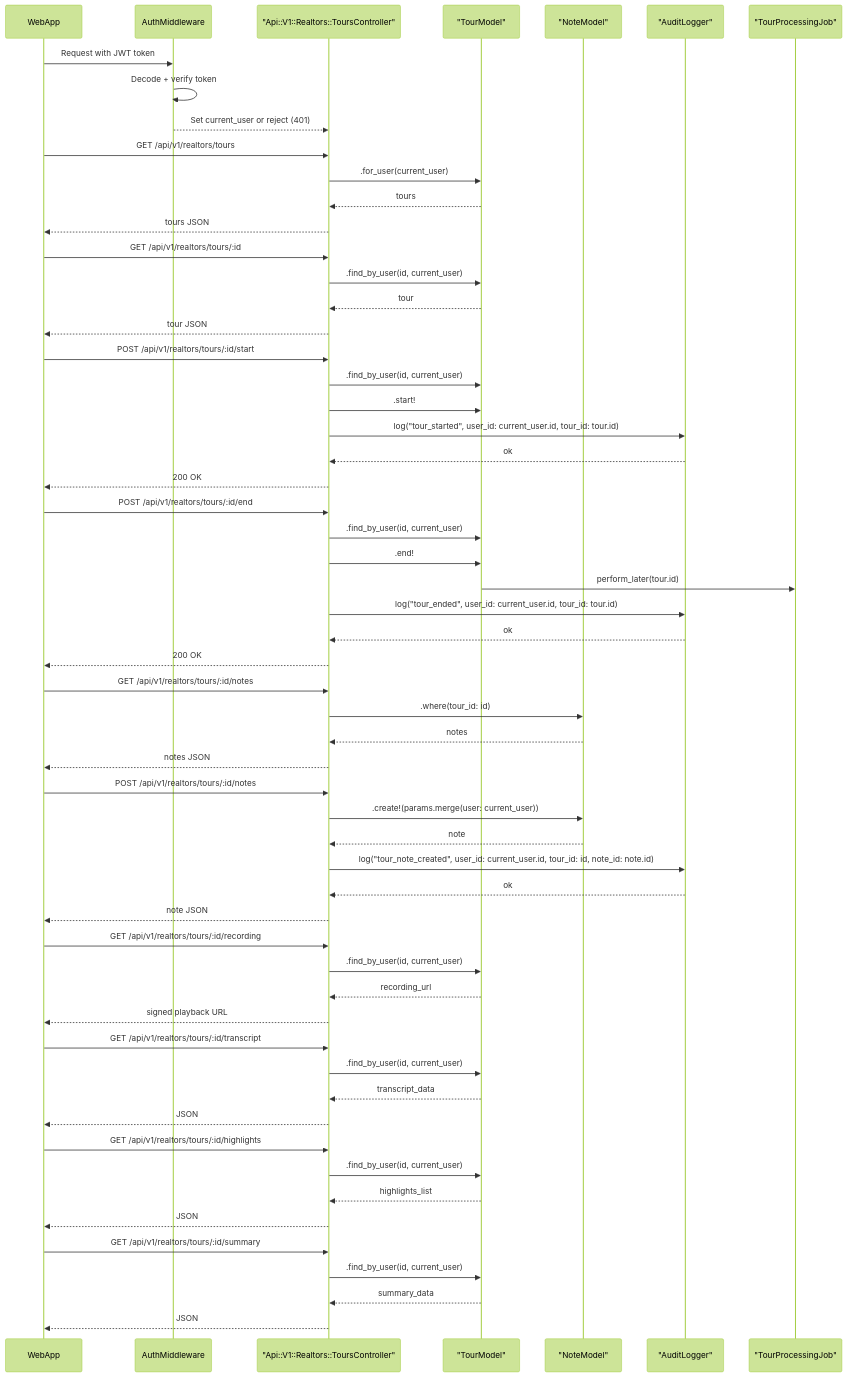
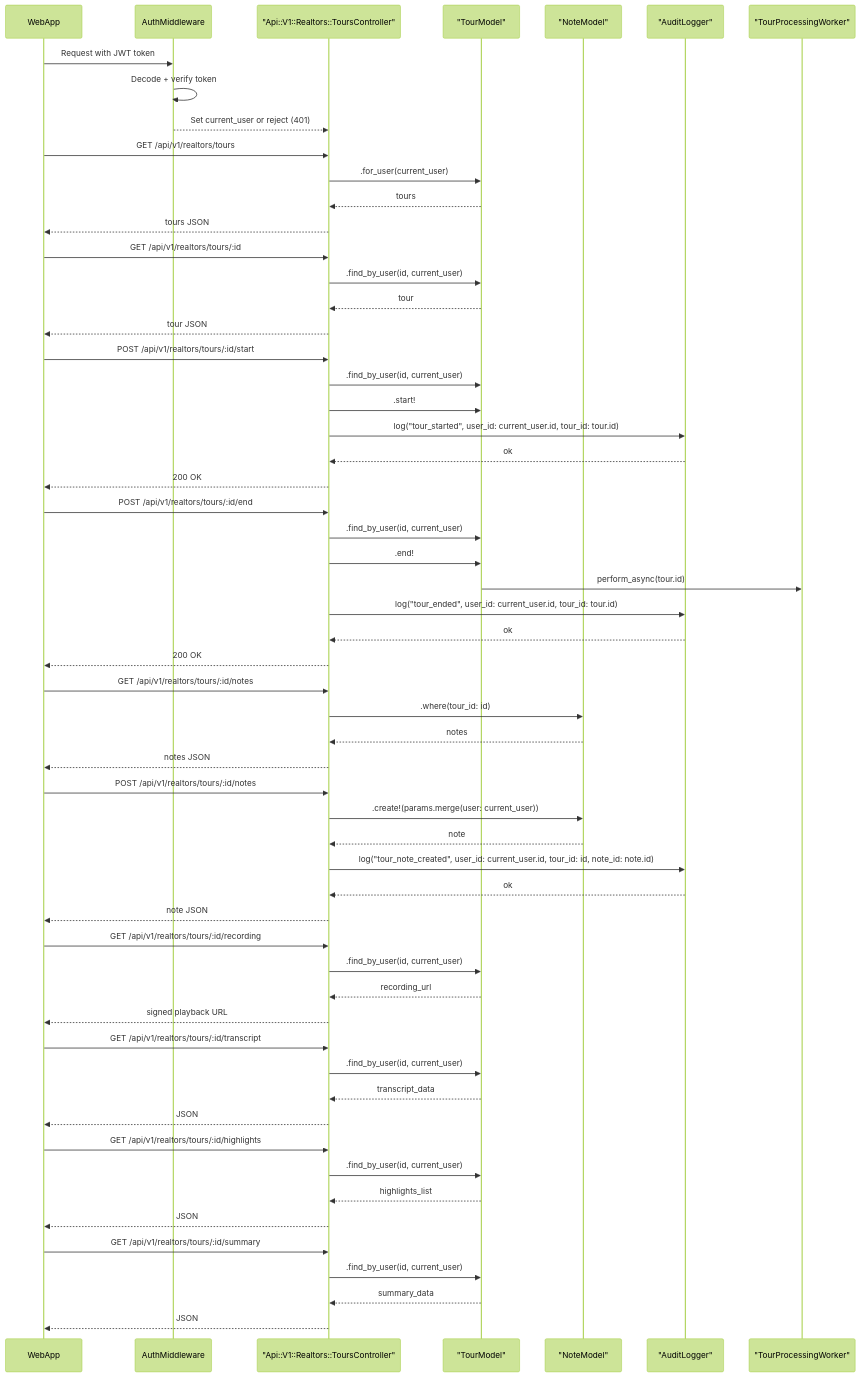
One commit to Video-API-architecture/architecture-proposal changed the diagram in diagrams/realtors/tours.mermaid. Above: the diagram before and after it, drawn with Mermaid (forest theme). The commit also changed 15 other files, not shown here.

```diff
--- a/diagrams/realtors/tours.mermaid
+++ b/diagrams/realtors/tours.mermaid
@@ -1,80 +1,80 @@
 sequenceDiagram
     participant WebApp
     participant Auth as AuthMiddleware
     participant RTC as "Api::V1::Realtors::ToursController"
     participant TM as "TourModel"
     participant NM as "NoteModel"
     participant Logger as "AuditLogger"
-    participant ProcessingJob as "TourProcessingJob"
+    participant ProcessingWorker as "TourProcessingWorker"
 
     %% Auth
     WebApp->>Auth: Request with JWT token
     Auth->>Auth: Decode + verify token
     Auth-->>RTC: Set current_user or reject (401)
 
     %% List tours
     WebApp->>RTC: GET /api/v1/realtors/tours
     RTC->>TM: .for_user(current_user)
     TM-->>RTC: tours
     RTC-->>WebApp: tours JSON
 
     %% Show tour
     WebApp->>RTC: GET /api/v1/realtors/tours/:id
     RTC->>TM: .find_by_user(id, current_user)
     TM-->>RTC: tour
     RTC-->>WebApp: tour JSON
 
     %% Start tour
     WebApp->>RTC: POST /api/v1/realtors/tours/:id/start
     RTC->>TM: .find_by_user(id, current_user)
     RTC->>TM: .start!
     RTC->>Logger: log("tour_started", user_id: current_user.id, tour_id: tour.id)
     Logger-->>RTC: ok
     RTC-->>WebApp: 200 OK
 
     %% End tour
     WebApp->>RTC: POST /api/v1/realtors/tours/:id/end
     RTC->>TM: .find_by_user(id, current_user)
     RTC->>TM: .end!
-    TM->>ProcessingJob: perform_later(tour.id)
+    TM->>ProcessingWorker: perform_async(tour.id)
     RTC->>Logger: log("tour_ended", user_id: current_user.id, tour_id: tour.id)
     Logger-->>RTC: ok
     RTC-->>WebApp: 200 OK
 
     %% Notes
     WebApp->>RTC: GET /api/v1/realtors/tours/:id/notes
     RTC->>NM: .where(tour_id: id)
     NM-->>RTC: notes
     RTC-->>WebApp: notes JSON
 
     %% Notes
     WebApp->>RTC: POST /api/v1/realtors/tours/:id/notes
     RTC->>NM: .create!(params.merge(user: current_user))
     NM-->>RTC: note
     RTC->>Logger: log("tour_note_created", user_id: current_user.id, tour_id: id, note_id: note.id)
     Logger-->>RTC: ok
     RTC-->>WebApp: note JSON
 
     %% Recording
     WebApp->>RTC: GET /api/v1/realtors/tours/:id/recording
     RTC->>TM: .find_by_user(id, current_user)
     TM-->>RTC: recording_url
     RTC-->>WebApp: signed playback URL
 
     %% Transcript
     WebApp->>RTC: GET /api/v1/realtors/tours/:id/transcript
     RTC->>TM: .find_by_user(id, current_user)
     TM-->>RTC: transcript_data
     RTC-->>WebApp: JSON
 
     %% Highlights
     WebApp->>RTC: GET /api/v1/realtors/tours/:id/highlights
     RTC->>TM: .find_by_user(id, current_user)
     TM-->>RTC: highlights_list
     RTC-->>WebApp: JSON
 
     %% Summary
     WebApp->>RTC: GET /api/v1/realtors/tours/:id/summary
     RTC->>TM: .find_by_user(id, current_user)
     TM-->>RTC: summary_data
     RTC-->>WebApp: JSON
```
